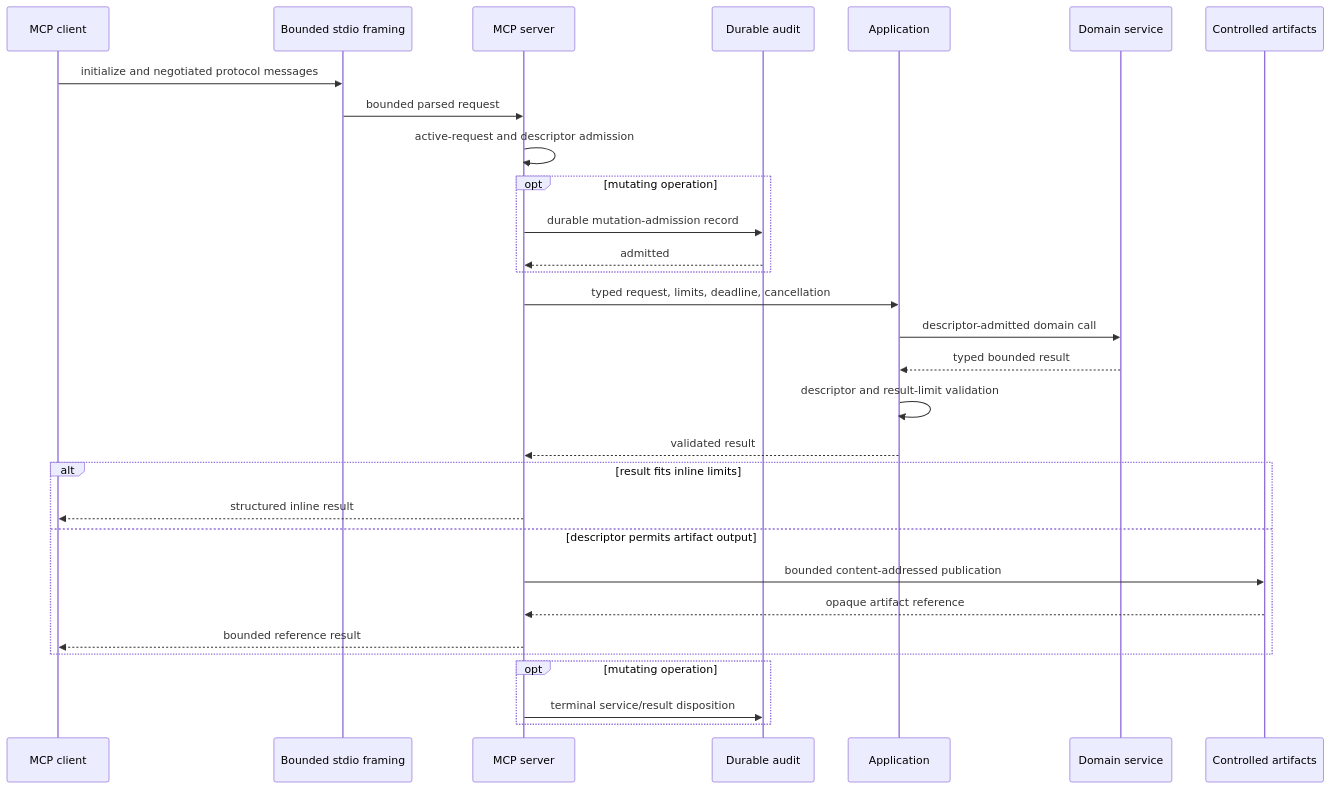
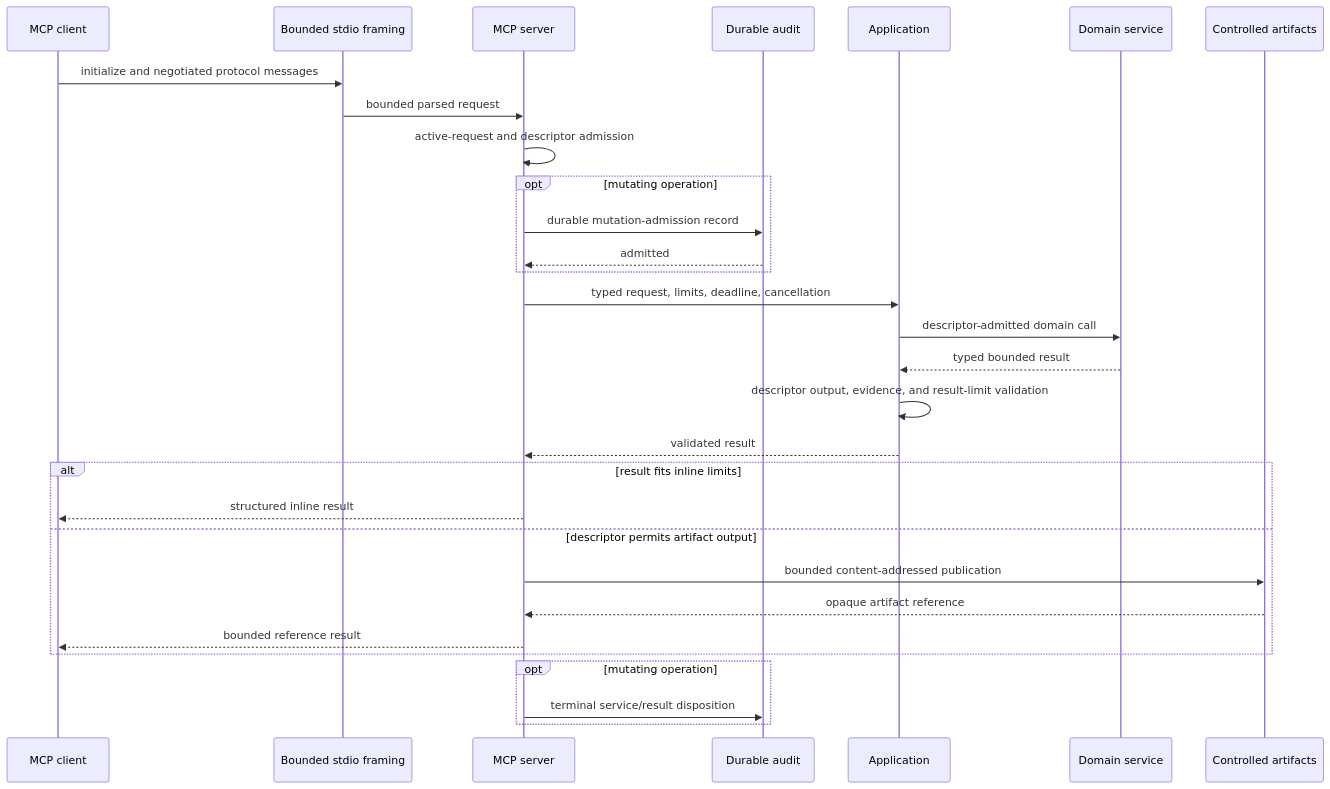
One commit to Sawmonabo/market-squawk changed the second of 3 diagrams in docs/architecture/control-plane.md. Above: the diagram before and after it, drawn with Mermaid. The commit also changed other lines of this file and 6 other files, not shown here.

````diff
--- a/docs/architecture/control-plane.md
+++ b/docs/architecture/control-plane.md
@@ -165,33 +169,33 @@
 ```mermaid
 sequenceDiagram
     participant Peer as MCP client
     participant Framing as Bounded stdio framing
     participant Server as MCP server
     participant Audit as Durable audit
     participant App as Application
     participant Domain as Domain service
     participant Artifacts as Controlled artifacts
 
     Peer->>Framing: initialize and negotiated protocol messages
     Framing->>Server: bounded parsed request
     Server->>Server: active-request and descriptor admission
     opt mutating operation
         Server->>Audit: durable mutation-admission record
         Audit-->>Server: admitted
     end
     Server->>App: typed request, limits, deadline, cancellation
     App->>Domain: descriptor-admitted domain call
     Domain-->>App: typed bounded result
-    App->>App: descriptor and result-limit validation
+    App->>App: descriptor output, evidence, and result-limit validation
     App-->>Server: validated result
     alt result fits inline limits
         Server-->>Peer: structured inline result
     else descriptor permits artifact output
         Server->>Artifacts: bounded content-addressed publication
         Artifacts-->>Server: opaque artifact reference
         Server-->>Peer: bounded reference result
     end
     opt mutating operation
         Server->>Audit: terminal service/result disposition
     end
 ```
````
